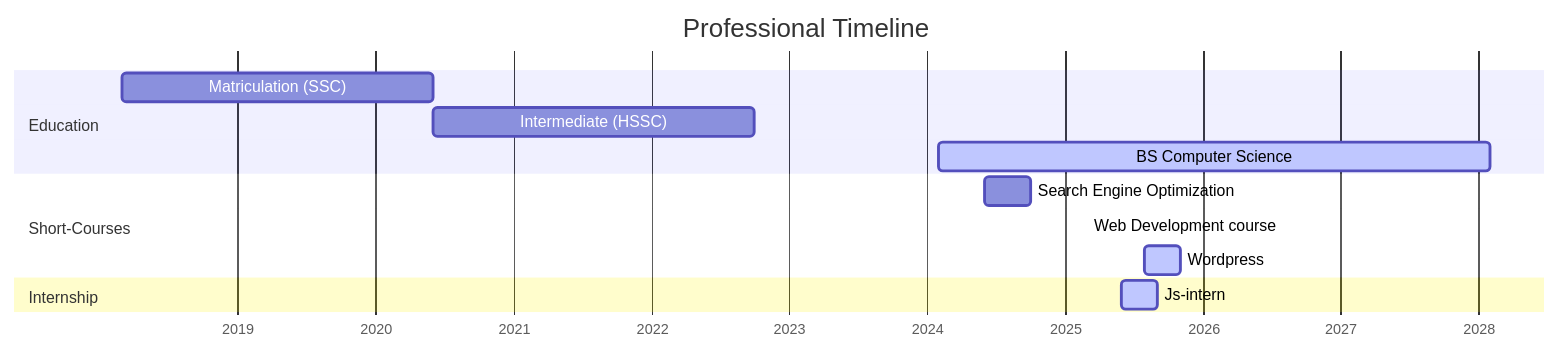
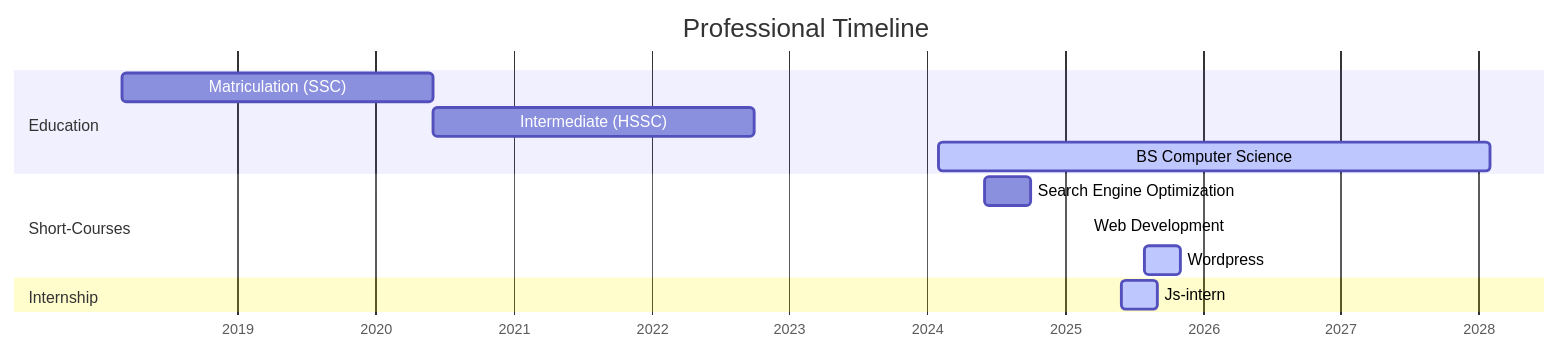
Before and after one commit to ahmadubaid061/ahmadubaid061: the diagram in README.md, drawn with Mermaid.

````diff
--- a/README.md
+++ b/README.md
@@ -58,21 +58,21 @@
 ```mermaid
 gantt
     title Professional Timeline
     dateFormat  YYYY-MM
     axisFormat %Y
     
     section Education
     Matriculation (SSC) :a1, 2018-03, 2020-06
     Intermediate (HSSC) :a2, after a1, 2022-10
     BS Computer Science :active, a3, 2024-02, 2028-02
     
 
     section Short-Courses
     Search Engine Optimization:a4, 2024-06,2024-10
-    Web Development course :a5, 2025-03,2025-6
+    Web Development :a5, 2025-03,2025-7
     Wordpress :active, a7,2025-08,2025-11
 
     section Internship
     Js-intern  :active, a6,2025-06,2025-09
     
 ```
````
